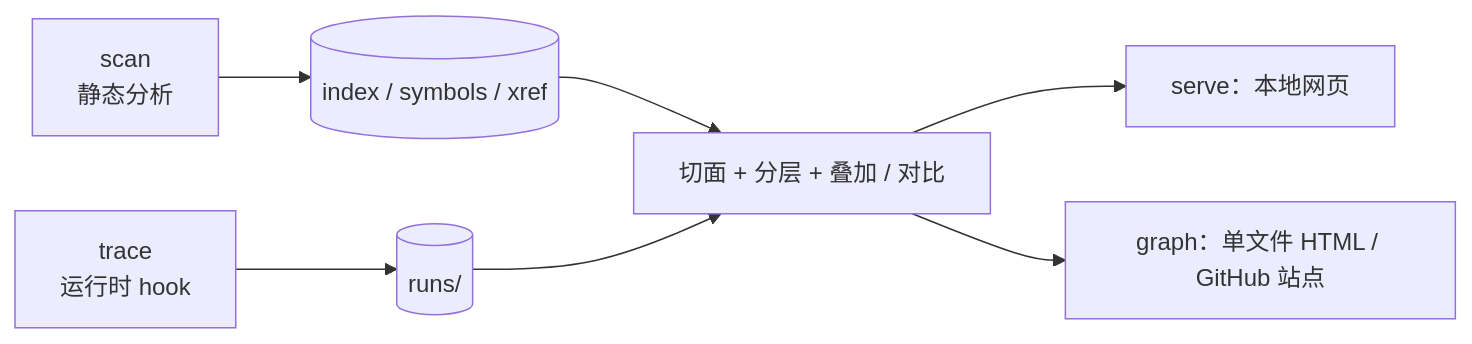
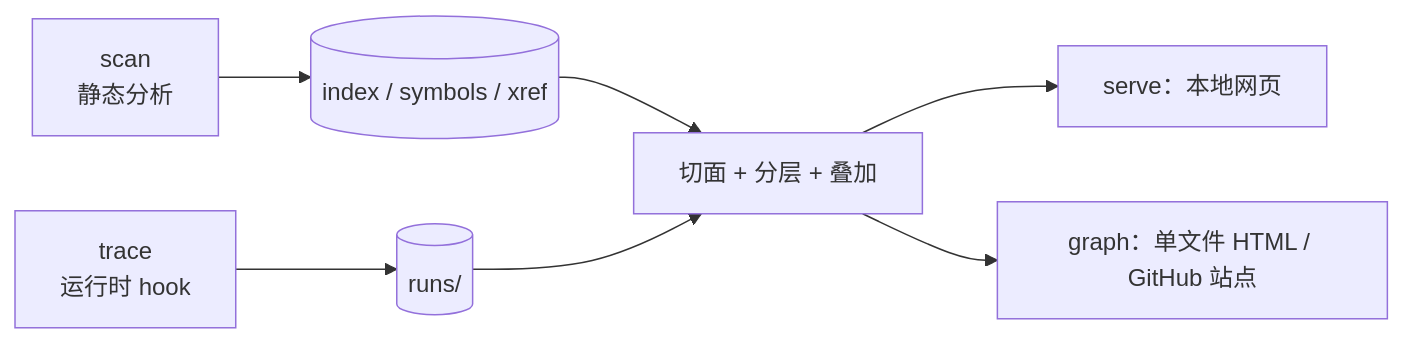
The diagram in README.md (noviorlu/codestrata), drawn with Mermaid before and after one commit. The commit also changed other lines of this file and 22 other files, not shown here.

````diff
--- a/README.md
+++ b/README.md
@@ -108,9 +107,9 @@
 ```mermaid
 flowchart LR
   S["scan<br/>静态分析"] --> I[("index / symbols / xref")]
   T["trace<br/>运行时 hook"] --> R[("runs/")]
-  I --> P["切面 + 分层 + 叠加 / 对比"]
+  I --> P["切面 + 分层 + 叠加"]
   R --> P
   P --> V["serve：本地网页"]
   P --> E["graph：单文件 HTML / GitHub 站点"]
 ```
````
